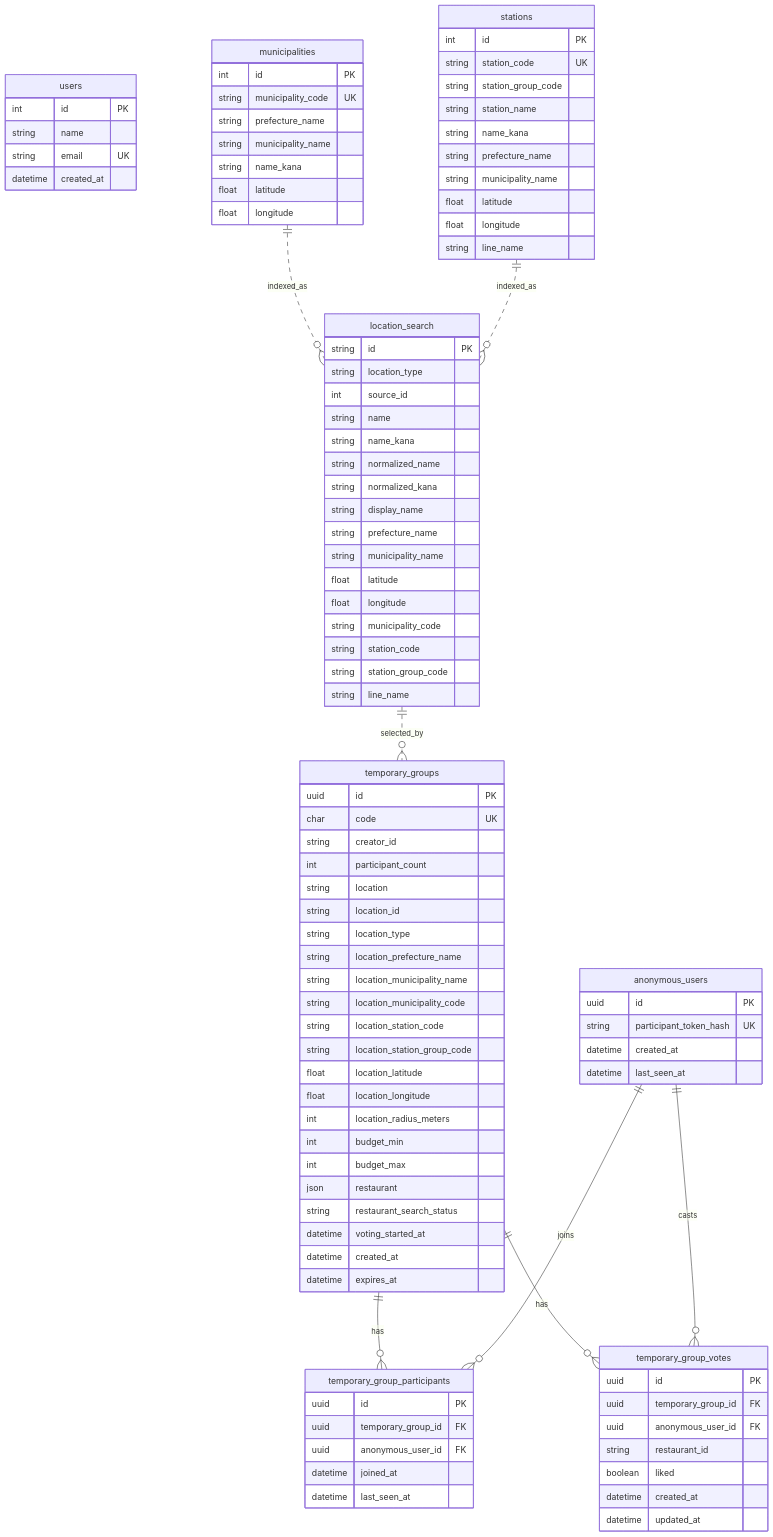
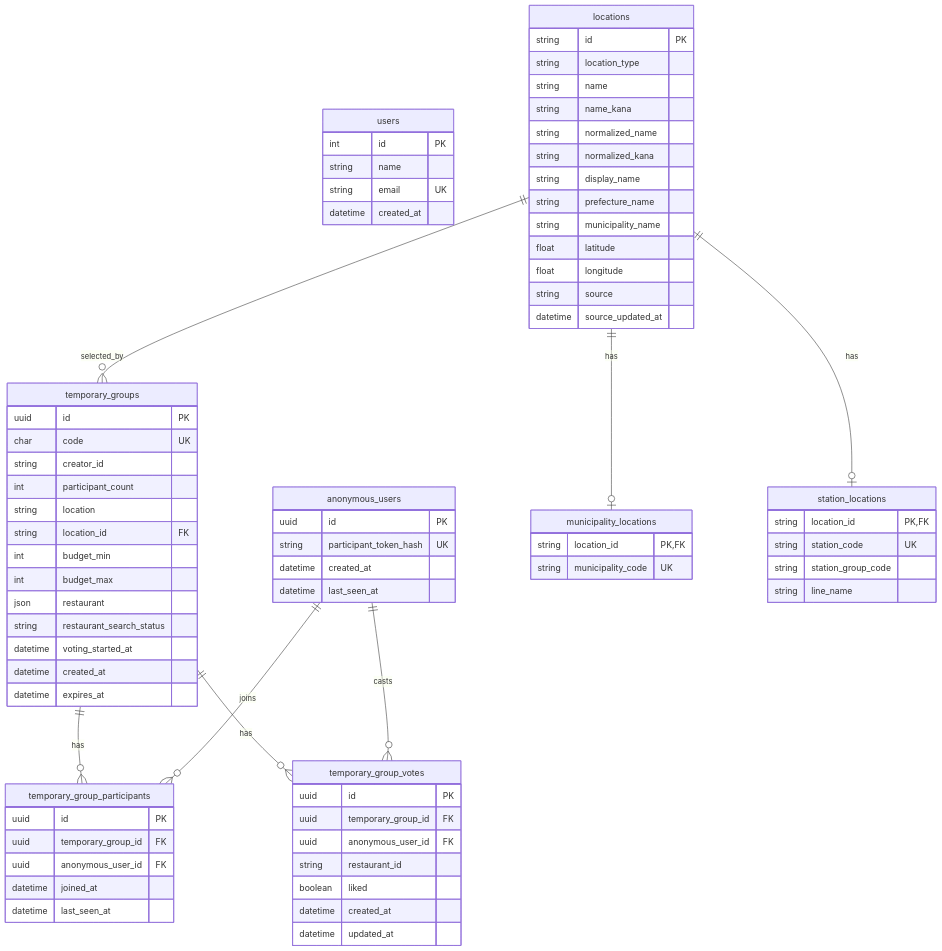
One commit to SHOGARI/GuruMeet changed the diagram in docs/database/README.md. Above: the diagram before and after it, drawn with Mermaid. The commit also changed other lines of this file and 11 other files, not shown here.

````diff
--- a/docs/database/README.md
+++ b/docs/database/README.md
@@ -38,16 +38,7 @@
         string creator_id
         int participant_count
         string location
-        string location_id
-        string location_type
-        string location_prefecture_name
-        string location_municipality_name
-        string location_municipality_code
-        string location_station_code
-        string location_station_group_code
-        float location_latitude
-        float location_longitude
-        int location_radius_meters
+        string location_id FK
         int budget_min
         int budget_max
         json restaurant
@@ -75,33 +66,9 @@
         datetime updated_at
     }
 
-    municipalities {
-        int id PK
-        string municipality_code UK
-        string prefecture_name
-        string municipality_name
-        string name_kana
-        float latitude
-        float longitude
-    }
-
-    stations {
-        int id PK
-        string station_code UK
-        string station_group_code
-        string station_name
-        string name_kana
-        string prefecture_name
-        string municipality_name
-        float latitude
-        float longitude
-        string line_name
-    }
-
-    location_search {
+    locations {
         string id PK
         string location_type
-        int source_id
         string name
         string name_kana
         string normalized_name
@@ -111,8 +78,18 @@
         string municipality_name
         float latitude
         float longitude
-        string municipality_code
-        string station_code
+        string source
+        datetime source_updated_at
+    }
+
+    municipality_locations {
+        string location_id PK, FK
+        string municipality_code UK
+    }
+
+    station_locations {
+        string location_id PK, FK
+        string station_code UK
         string station_group_code
         string line_name
     }
@@ -121,7 +98,7 @@
     anonymous_users ||--o{ temporary_group_participants : joins
     temporary_groups ||--o{ temporary_group_votes : has
     anonymous_users ||--o{ temporary_group_votes : casts
-    municipalities ||..o{ location_search : indexed_as
-    stations ||..o{ location_search : indexed_as
-    location_search ||..o{ temporary_groups : selected_by
+    locations ||--o| municipality_locations : has
+    locations ||--o| station_locations : has
+    locations ||--o{ temporary_groups : selected_by
 ```
````
